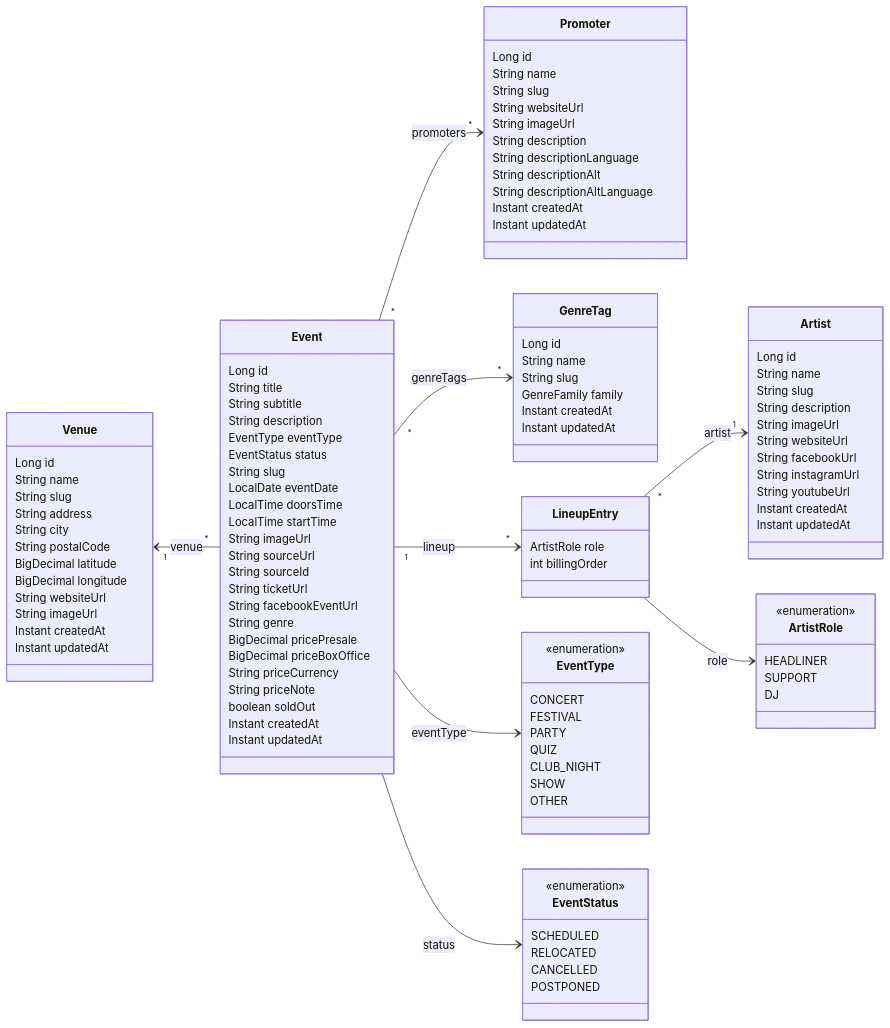
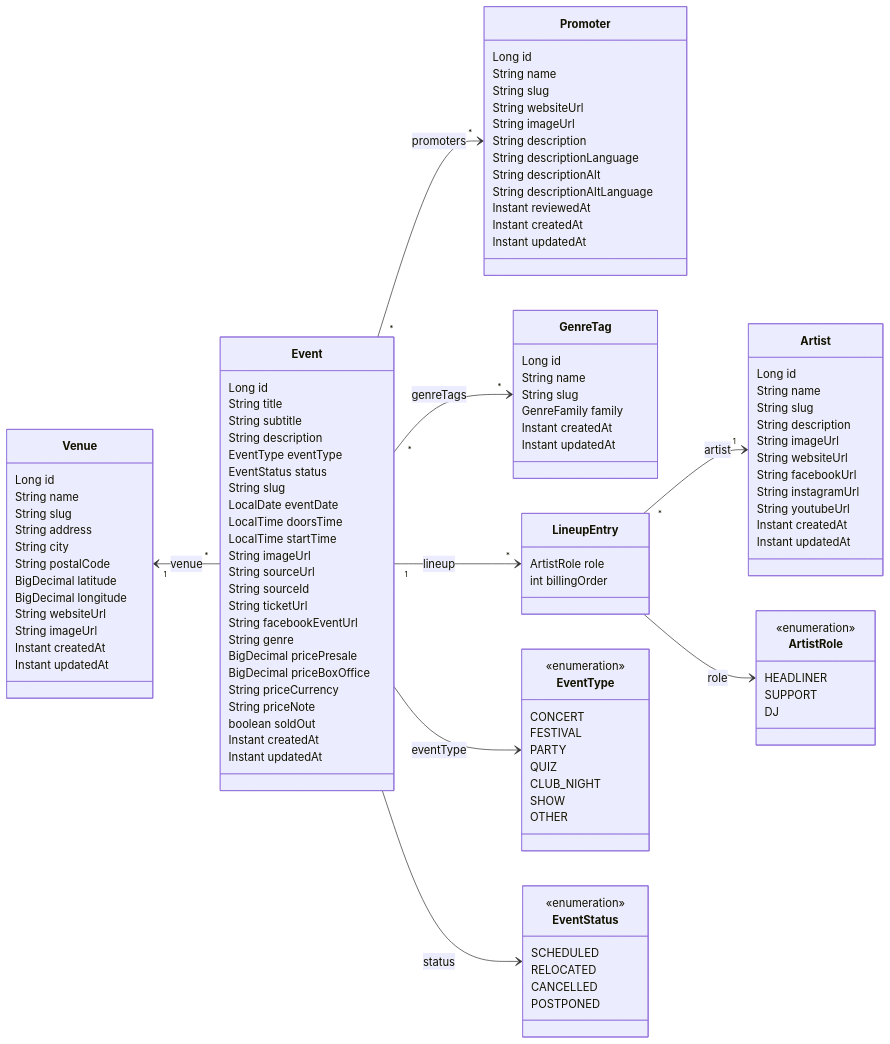
Before and after one commit to enorm-labs/event-checker: the diagram in docs/DATA_MODEL.md, drawn with Mermaid. The commit also changed other lines of this file and 13 other files, not shown here.

```diff
--- a/docs/DATA_MODEL.md
+++ b/docs/DATA_MODEL.md
@@ -86,6 +86,7 @@
         String descriptionLanguage
         String descriptionAlt
         String descriptionAltLanguage
+        Instant reviewedAt
         Instant createdAt
         Instant updatedAt
     }
```
